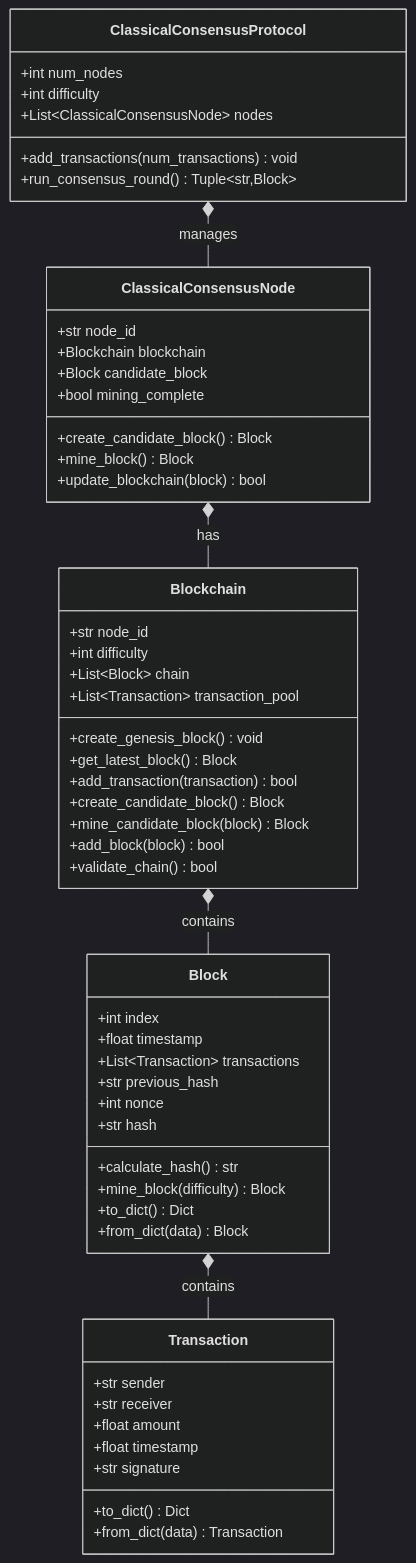
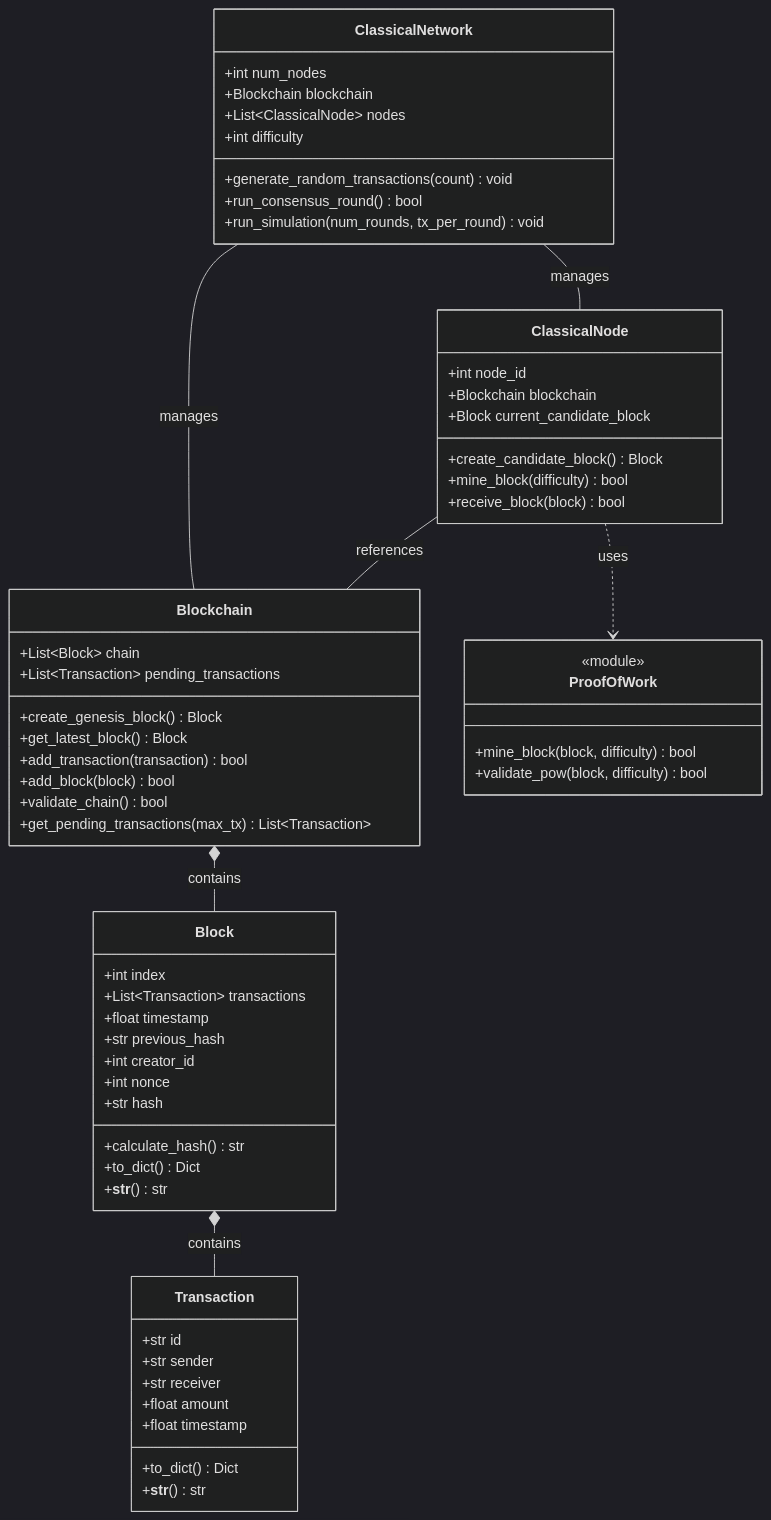
Before and after one commit to aaronmcleancs/FidelityChain: the diagram in UML/classical.mmd, drawn with Mermaid (dark theme). The commit also changed 9 other files, not shown here.

```diff
--- a/UML/classical.mmd
+++ b/UML/classical.mmd
@@ -1,60 +1,71 @@
 classDiagram
+    %% This diagram represents a traditional classical blockchain 
+    %% for comparison to the quantum-assisted implementation
+    
     class Transaction {
+        +str id
         +str sender
         +str receiver
         +float amount
         +float timestamp
-        +str signature
         +to_dict() Dict
-        +from_dict(data) Transaction
+        +__str__() str
     }
     
     class Block {
         +int index
+        +List~Transaction~ transactions
         +float timestamp
-        +List~Transaction~ transactions
         +str previous_hash
+        +int creator_id
         +int nonce
         +str hash
         +calculate_hash() str
-        +mine_block(difficulty) Block
         +to_dict() Dict
-        +from_dict(data) Block
+        +__str__() str
     }
     
     class Blockchain {
-        +str node_id
-        +int difficulty
         +List~Block~ chain
-        +List~Transaction~ transaction_pool
-        +create_genesis_block() void
+        +List~Transaction~ pending_transactions
+        +create_genesis_block() Block
         +get_latest_block() Block
         +add_transaction(transaction) bool
-        +create_candidate_block() Block
-        +mine_candidate_block(block) Block
         +add_block(block) bool
         +validate_chain() bool
+        +get_pending_transactions(max_tx) List~Transaction~
     }
     
-    class ClassicalConsensusNode {
-        +str node_id
+    class ClassicalNode {
+        +int node_id
         +Blockchain blockchain
-        +Block candidate_block
-        +bool mining_complete
+        +Block current_candidate_block
         +create_candidate_block() Block
-        +mine_block() Block
-        +update_blockchain(block) bool
+        +mine_block(difficulty) bool
+        +receive_block(block) bool
     }
     
-    class ClassicalConsensusProtocol {
+    class ClassicalNetwork {
         +int num_nodes
+        +Blockchain blockchain
+        +List~ClassicalNode~ nodes
         +int difficulty
-        +List~ClassicalConsensusNode~ nodes
-        +add_transactions(num_transactions) void
-        +run_consensus_round() Tuple~str,Block~
+        +generate_random_transactions(count) void
+        +run_consensus_round() bool
+        +run_simulation(num_rounds, tx_per_round) void
     }
     
+    %% Traditional PoW mining functionality
+    class ProofOfWork {
+        <<module>>
+        +mine_block(block, difficulty) bool
+        +validate_pow(block, difficulty) bool
+    }
+    
+    %% Relationships
     Blockchain *-- Block : contains
     Block *-- Transaction : contains
-    ClassicalConsensusNode *-- Blockchain : has
-    ClassicalConsensusProtocol *-- ClassicalConsensusNode : manages
+    ClassicalNode -- Blockchain : references
+    ClassicalNetwork -- ClassicalNode : manages
+    ClassicalNetwork -- Blockchain : manages
+    ClassicalNode ..> ProofOfWork : uses
```
